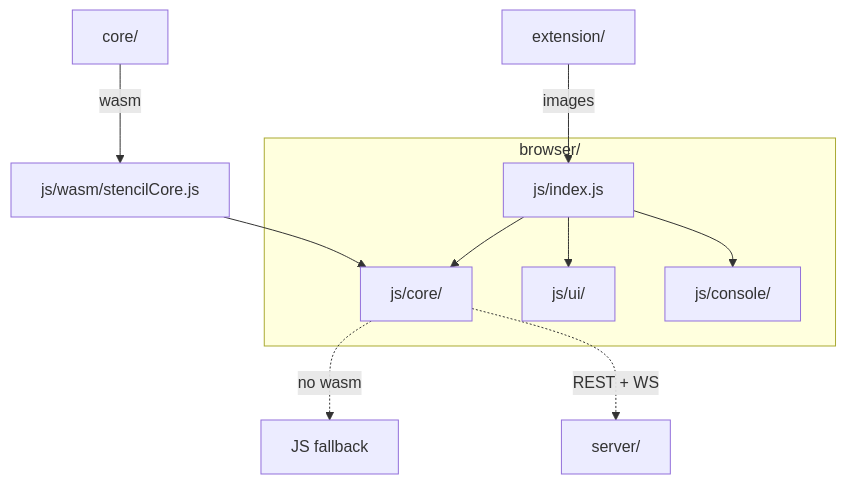
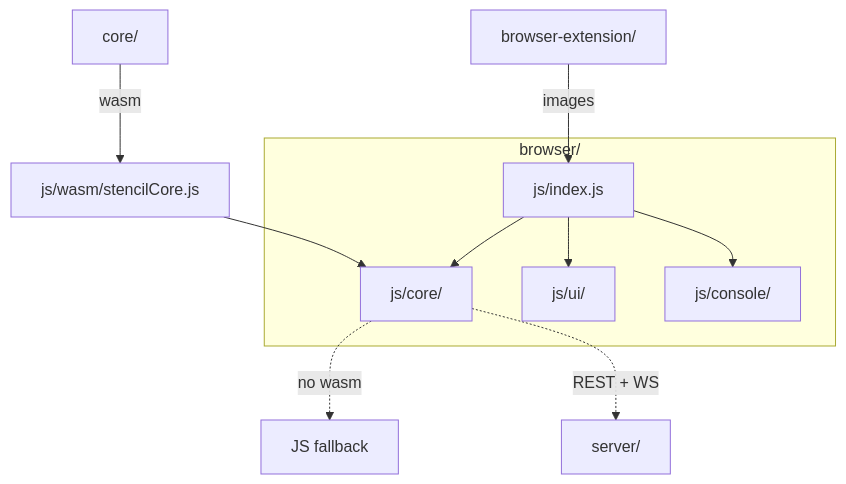
The first of 2 diagrams in browser/ARCHITECTURE.md (andrew1407/stencil), drawn with Mermaid before and after one commit. The commit also changed other lines of this file and 1001 other files, not shown here.

````diff
--- a/browser/ARCHITECTURE.md
+++ b/browser/ARCHITECTURE.md
@@ -11,23 +11,23 @@
 ```mermaid
 graph TD
     CORE["core/"]
     WASM["js/wasm/stencilCore.js"]
     subgraph APP["browser/"]
       IDX["js/index.js"]
       COREJS["js/core/"]
       UI["js/ui/"]
       API["js/console/"]
     end
     FB["JS fallback"]
-    EXT["extension/"]
+    EXT["browser-extension/"]
     SRV["server/"]
 
     CORE -->|"wasm"| WASM
     WASM --> COREJS
     IDX --> COREJS
     IDX --> UI
     IDX --> API
     COREJS -.->|"no wasm"| FB
     EXT -->|"images"| IDX
     COREJS -.->|"REST + WS"| SRV
 ```
````
